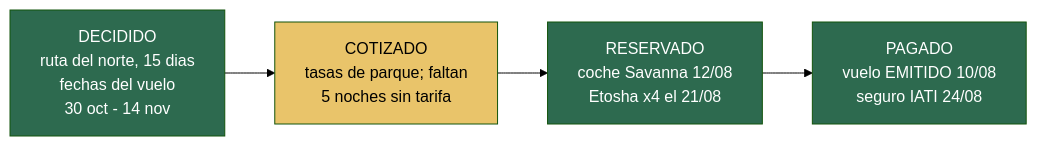
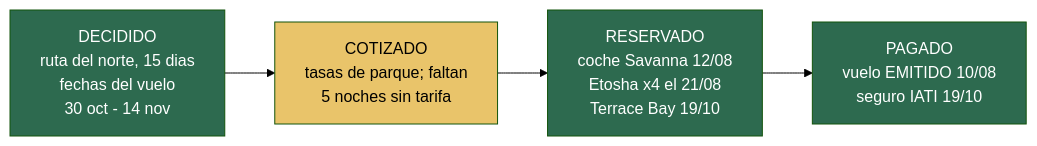
One commit to morandeirachema/namibia changed the first of 6 diagrams in README.md. Above: the diagram before and after it, drawn with Mermaid (forest theme). The commit also changed other lines of this file and 22 other files, not shown here.

````diff
--- a/README.md
+++ b/README.md
@@ -35,10 +35,10 @@
 ```mermaid
 flowchart LR
     D["DECIDIDO<br/>ruta del norte, 15 dias<br/>fechas del vuelo<br/>30 oct - 14 nov"] --> C["COTIZADO<br/>tasas de parque; faltan<br/>5 noches sin tarifa"]
-    C --> R["RESERVADO<br/>coche Savanna 12/08<br/>Etosha x4 el 21/08"]
-    R --> P["PAGADO<br/>vuelo EMITIDO 10/08<br/>seguro IATI 24/08"]
+    C --> R["RESERVADO<br/>coche Savanna 12/08<br/>Etosha x4 el 21/08<br/>Terrace Bay 19/10"]
+    R --> P["PAGADO<br/>vuelo EMITIDO 10/08<br/>seguro IATI 19/10"]
     style D fill:#2d6a4f,color:#fff
     style C fill:#e9c46a,color:#000
     style R fill:#2d6a4f,color:#fff
     style P fill:#2d6a4f,color:#fff
 ```
````
